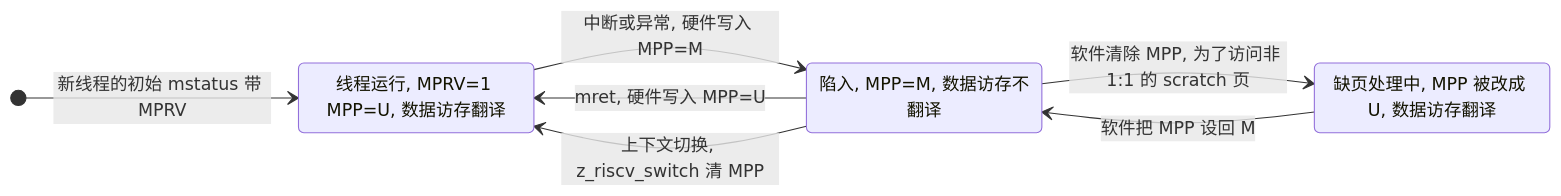
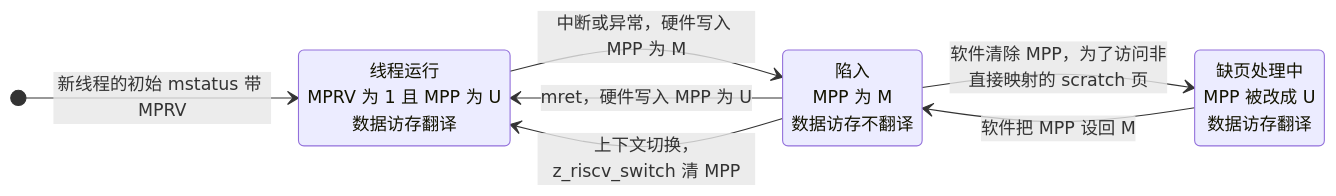
Before and after one commit to YuzukiTsuru/YuzukiTsuru.GitHub.io: the fifth of 17 diagrams in source/_posts/2026-10-04-riscv-mmu-16m-rom.md, drawn with Mermaid. The commit also changed 1 other file, not shown here.

Commit message:
Fix mermaid state diagram parse error and keep post tags from breaking on mobile
- Use ASCII state IDs and drop the extra colon from a transition label
- Let post tags wrap between items and never inside one

````diff
--- a/source/_posts/2026-10-04-riscv-mmu-16m-rom.md
+++ b/source/_posts/2026-10-04-riscv-mmu-16m-rom.md
@@ -284,13 +284,13 @@
 ```mermaid
 stateDiagram-v2
     direction LR
-    [*] --> 线程运行: 新线程的初始 mstatus 带 MPRV
-    state "线程运行, MPRV=1 MPP=U, 数据访存翻译" as 线程运行
-    state "陷入, MPP=M, 数据访存不翻译" as 陷入
-    state "缺页处理中, MPP 被改成 U, 数据访存翻译" as 缺页处理
-    线程运行 --> 陷入: 中断或异常, 硬件写入 MPP=M
-    陷入 --> 线程运行: mret, 硬件写入 MPP=U
-    陷入 --> 缺页处理: 软件清除 MPP, 为了访问非 1:1 的 scratch 页
-    缺页处理 --> 陷入: 软件把 MPP 设回 M
-    陷入 --> 线程运行: 上下文切换, z_riscv_switch 清 MPP
+    state "线程运行<br/>MPRV 为 1 且 MPP 为 U<br/>数据访存翻译" as Thread
+    state "陷入<br/>MPP 为 M<br/>数据访存不翻译" as Trap
+    state "缺页处理中<br/>MPP 被改成 U<br/>数据访存翻译" as Fault
+    [*] --> Thread: 新线程的初始 mstatus 带 MPRV
+    Thread --> Trap: 中断或异常，硬件写入 MPP 为 M
+    Trap --> Thread: mret，硬件写入 MPP 为 U
+    Trap --> Fault: 软件清除 MPP，为了访问非直接映射的 scratch 页
+    Fault --> Trap: 软件把 MPP 设回 M
+    Trap --> Thread: 上下文切换，z_riscv_switch 清 MPP
 ```
````
